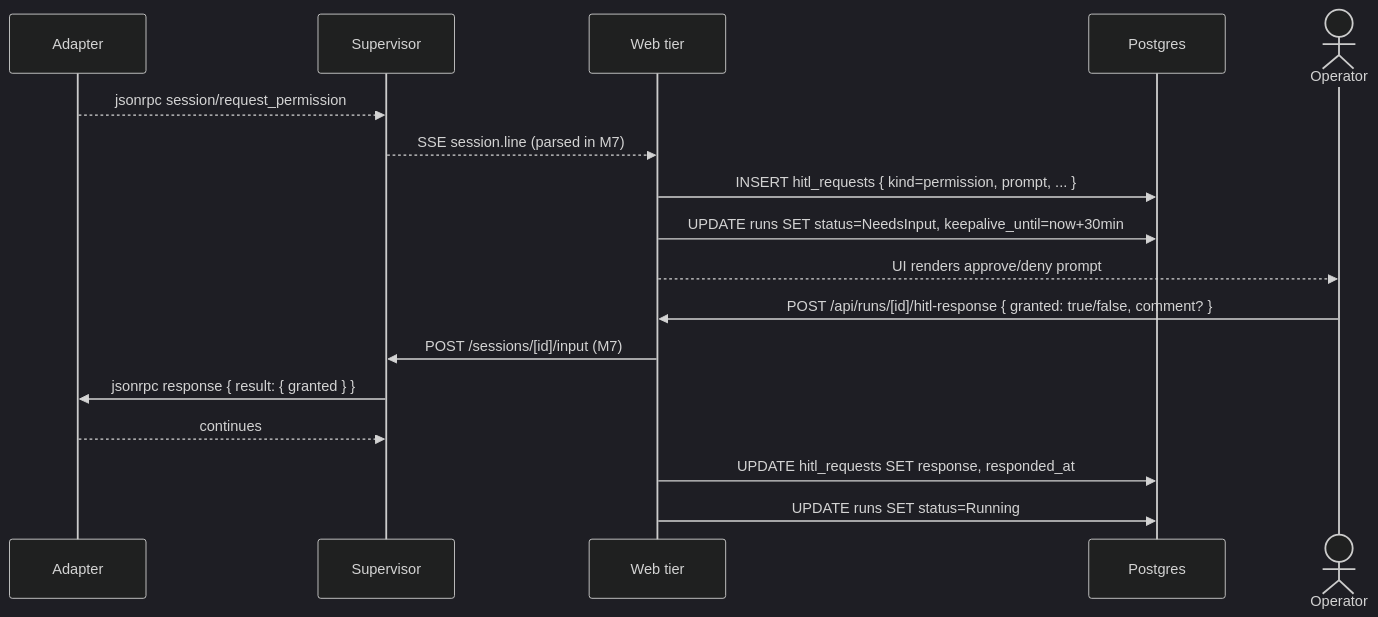
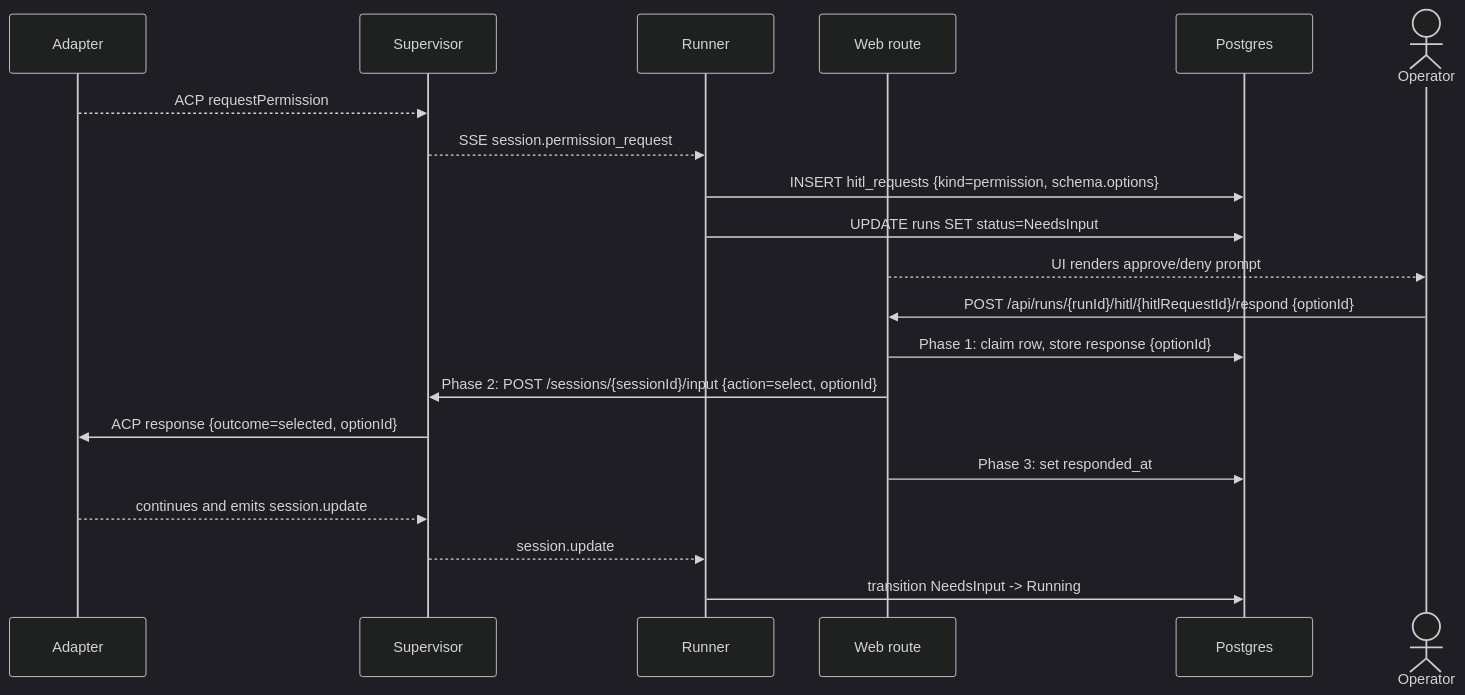
One commit to maister-dev/maister changed the third of 6 diagrams in docs/system-analytics/hitl.md. Above: the diagram before and after it, drawn with Mermaid (dark theme). The commit also changed other lines of this file and 46 other files, not shown here.

````diff
--- a/docs/system-analytics/hitl.md
+++ b/docs/system-analytics/hitl.md
@@ -72,20 +71,23 @@
 ```mermaid
 sequenceDiagram
     participant A as Adapter
     participant SV as Supervisor
-    participant W as Web tier
+    participant R as Runner
+    participant W as Web route
     participant DB as Postgres
     actor U as Operator
 
-    A-->>SV: jsonrpc session/request_permission
-    SV-->>W: SSE session.line (parsed in M7)
-    W->>DB: INSERT hitl_requests { kind=permission, prompt, ... }
-    W->>DB: UPDATE runs SET status=NeedsInput, keepalive_until=now+30min
+    A-->>SV: ACP requestPermission
+    SV-->>R: SSE session.permission_request
+    R->>DB: INSERT hitl_requests {kind=permission, schema.options}
+    R->>DB: UPDATE runs SET status=NeedsInput
     W-->>U: UI renders approve/deny prompt
-    U->>W: POST /api/runs/[id]/hitl-response { granted: true/false, comment? }
-    W->>SV: POST /sessions/[id]/input (M7)
-    SV->>A: jsonrpc response { result: { granted } }
-    A-->>SV: continues
-    W->>DB: UPDATE hitl_requests SET response, responded_at
-    W->>DB: UPDATE runs SET status=Running
+    U->>W: POST /api/runs/{runId}/hitl/{hitlRequestId}/respond {optionId}
+    W->>DB: Phase 1: claim row, store response {optionId}
+    W->>SV: Phase 2: POST /sessions/{sessionId}/input {action=select, optionId}
+    SV->>A: ACP response {outcome=selected, optionId}
+    W->>DB: Phase 3: set responded_at
+    A-->>SV: continues and emits session.update
+    SV-->>R: session.update
+    R->>DB: transition NeedsInput -> Running
 ```
````
